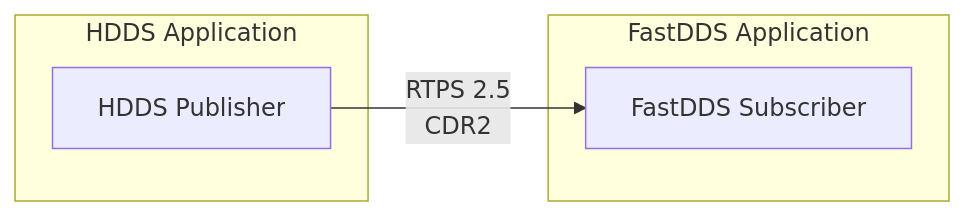
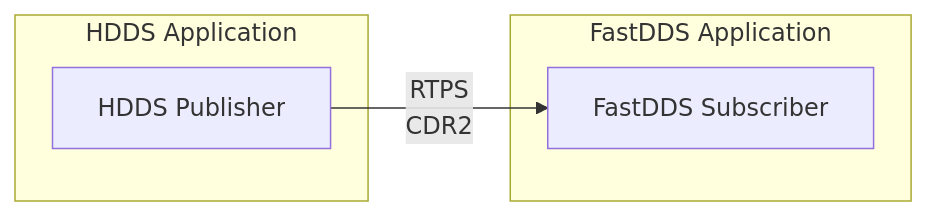
Before and after one commit to hdds-team/hdds: the diagram in docs/interop/index.md, drawn with Mermaid. The commit also changed other lines of this file and 1712 other files, not shown here.

````diff
--- a/docs/interop/index.md
+++ b/docs/interop/index.md
@@ -57,12 +114,12 @@
 ```mermaid
 graph LR
     subgraph HDDS Application
         H[HDDS Publisher]
     end
 
     subgraph FastDDS Application
         F[FastDDS Subscriber]
     end
 
-    H -->|RTPS 2.5<br/>CDR2| F
+    H -->|RTPS<br/>CDR2| F
 ```
````
